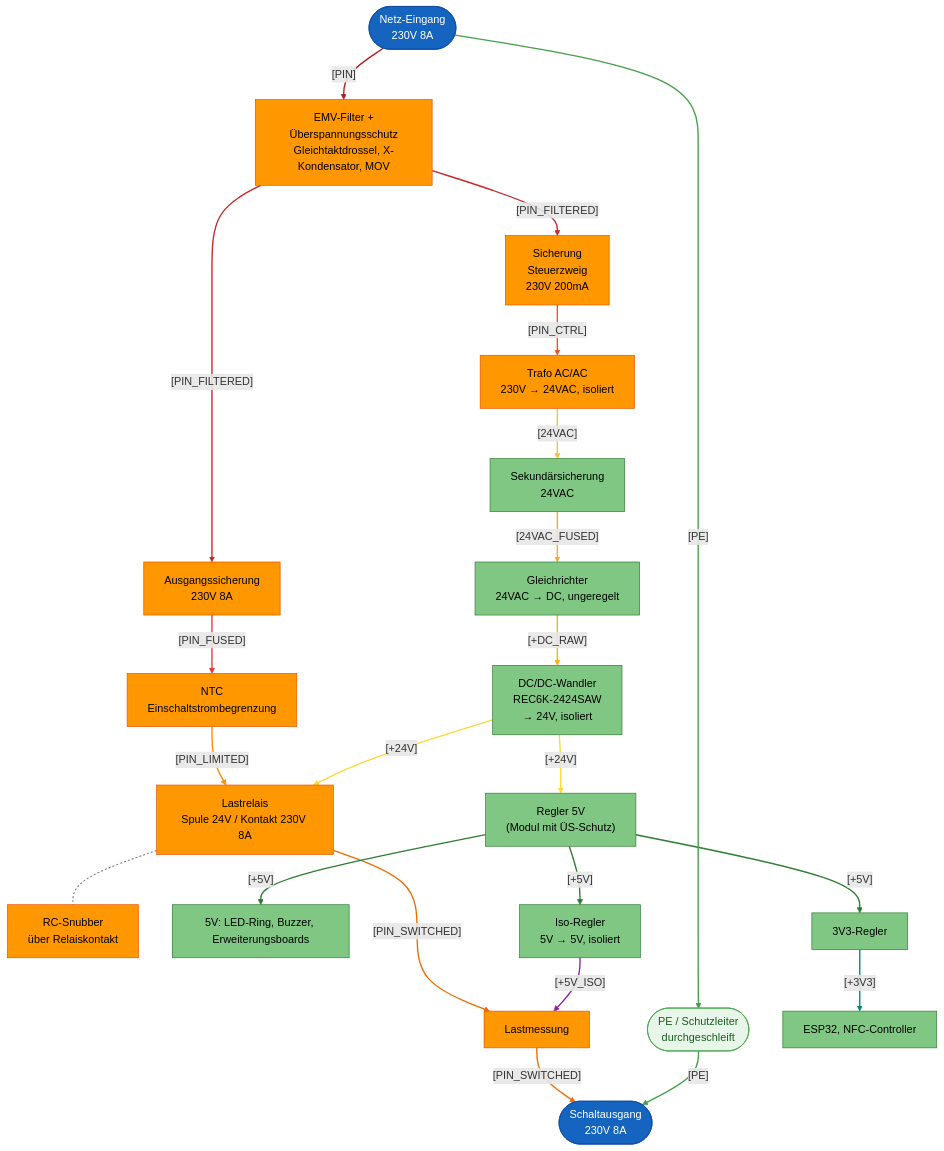
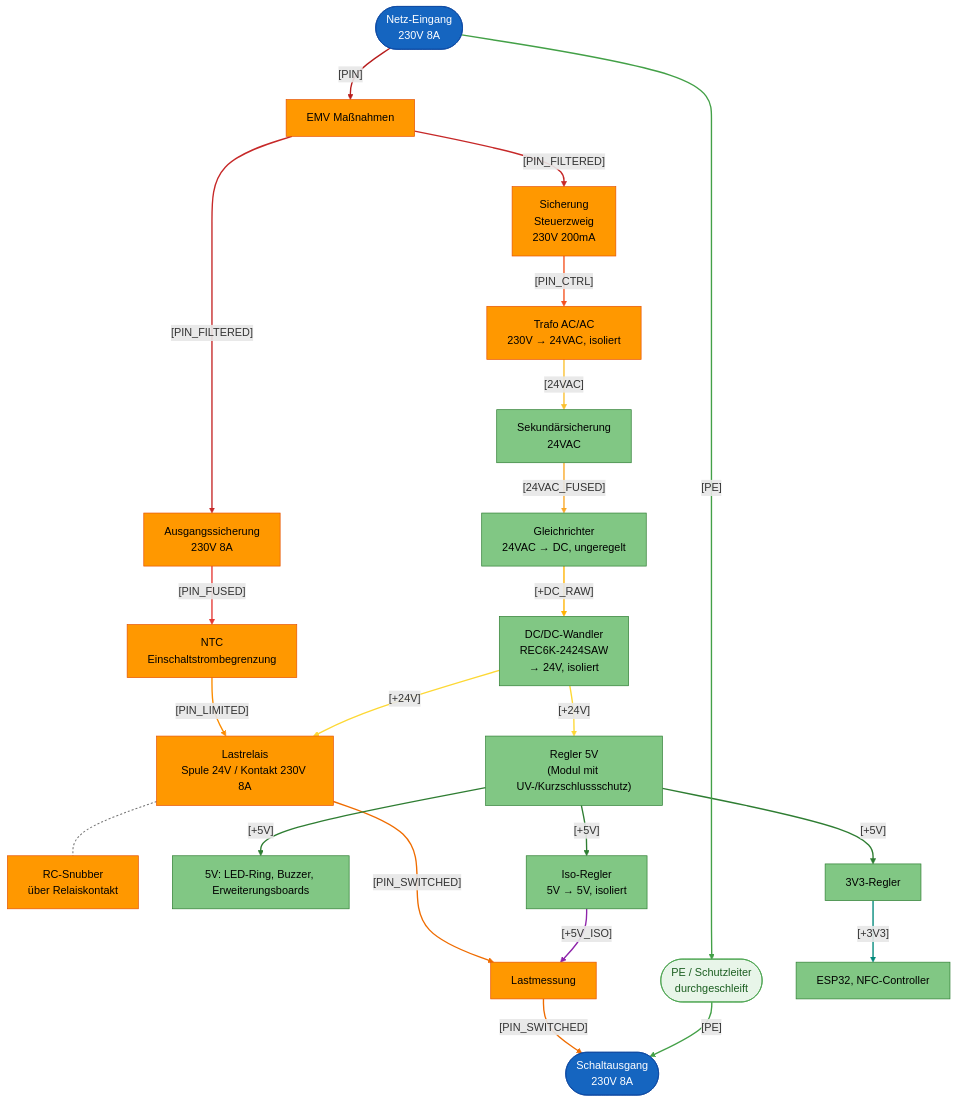
The second of 3 diagrams in hardware/projects/RFID_BOX/README.md (FREILab/easyVerwaltungHardware), drawn with Mermaid before and after one commit. The commit also changed other lines of this file and 1 other file, not shown here.

First line of the commit message:
docs: fill Bauteilauswahl with real parts, fix EMV/K2/K3/BR3 consistency

````diff
--- a/hardware/projects/RFID_BOX/README.md
+++ b/hardware/projects/RFID_BOX/README.md
@@ -179,71 +179,71 @@
 ```mermaid
 flowchart TB
     NETZ([Netz-Eingang<br/>230V 8A])
-    EMV["EMV-Filter +<br/>Überspannungsschutz<br/>Gleichtaktdrossel, X-Kondensator, MOV"]
+    EMV["EMV Maßnahmen"]
     FLAST["Ausgangssicherung<br/>230V 8A"]
     NTC[NTC<br/>Einschaltstrombegrenzung]
     REL["Lastrelais<br/>Spule 24V / Kontakt 230V 8A"]
     SNUB["RC-Snubber<br/>über Relaiskontakt"]
     MESS[Lastmessung]
     OUT([Schaltausgang <br/>230V 8A])
     PE([PE / Schutzleiter<br/>durchgeschleift])
 
     FSTEUER[Sicherung<br/>Steuerzweig<br/>230V 200mA]
     TRAFO["Trafo AC/AC<br/>230V → 24VAC, isoliert"]
     FSEK[Sekundärsicherung<br/>24VAC]
     GLEICH["Gleichrichter<br/>24VAC → DC, ungeregelt"]
     DCDC["DC/DC-Wandler<br/>REC6K-2424SAW<br/>→ 24V, isoliert"]
-    REG5V["Regler 5V<br/>(Modul mit ÜS-Schutz)"]
+    REG5V["Regler 5V<br/>(Modul mit UV-/Kurzschlussschutz)"]
     V5[5V: LED-Ring, Buzzer, Erweiterungsboards]
     V33[3V3-Regler]
     LOGIK[ESP32, NFC-Controller]
     ISO5V["Iso-Regler<br/>5V → 5V, isoliert"]
 
     NETZ -->|"[PIN]"| EMV
     EMV -->|"[PIN_FILTERED]"| FLAST
     FLAST -->|"[PIN_FUSED]"| NTC
     NTC -->|"[PIN_LIMITED]"| REL
     REL -->|"[PIN_SWITCHED]"| MESS
     MESS -->|"[PIN_SWITCHED]"| OUT
     REL -.- SNUB
     EMV -->|"[PIN_FILTERED]"| FSTEUER
     FSTEUER -->|"[PIN_CTRL]"| TRAFO
     TRAFO -->|"[24VAC]"| FSEK
     FSEK -->|"[24VAC_FUSED]"| GLEICH
     GLEICH -->|"[+DC_RAW]"| DCDC
     DCDC -->|"[+24V]"| REG5V
     DCDC -->|"[+24V]"| REL
     REG5V -->|"[+5V]"| V5
     REG5V -->|"[+5V]"| V33
     V33 -->|"[+3V3]"| LOGIK
     REG5V -->|"[+5V]"| ISO5V
     ISO5V -->|"[+5V_ISO]"| MESS
     NETZ -->|"[PE]"| PE
     PE -->|"[PE]"| OUT
 
     linkStyle 0 stroke:#b71c1c,stroke-width:2px
     linkStyle 1,7 stroke:#c62828,stroke-width:2px
     linkStyle 2 stroke:#e53935,stroke-width:2px
     linkStyle 3 stroke:#fb8c00,stroke-width:2px
     linkStyle 4,5 stroke:#ef6c00,stroke-width:2px
     linkStyle 6 stroke:#757575,stroke-width:1.5px,stroke-dasharray:3 3
     linkStyle 8 stroke:#f4511e,stroke-width:2px
     linkStyle 9 stroke:#fbc02d,stroke-width:2px
     linkStyle 10 stroke:#f9a825,stroke-width:2px
     linkStyle 11 stroke:#ffb300,stroke-width:2px
     linkStyle 12,13 stroke:#fdd835,stroke-width:2px
     linkStyle 14,15,17 stroke:#2e7d32,stroke-width:2px
     linkStyle 16 stroke:#00897b,stroke-width:2px
     linkStyle 18 stroke:#8e24aa,stroke-width:2px
     linkStyle 19,20 stroke:#43a047,stroke-width:2px
 
     classDef term230 fill:#1565c0,color:#fff,stroke:#0d47a1
     classDef part230 fill:#ff9800,color:#000,stroke:#e65100
     classDef partSELV fill:#81c784,color:#000,stroke:#2e7d32
     classDef pe fill:#e8f5e9,color:#1b5e20,stroke:#43a047
 
     class NETZ,OUT term230
     class FLAST,REL,MESS,FSTEUER,TRAFO,EMV,NTC,SNUB part230
     class GLEICH,DCDC,REG5V,FSEK,V5,V33,LOGIK,ISO5V partSELV
     class PE pe
 ```
````
